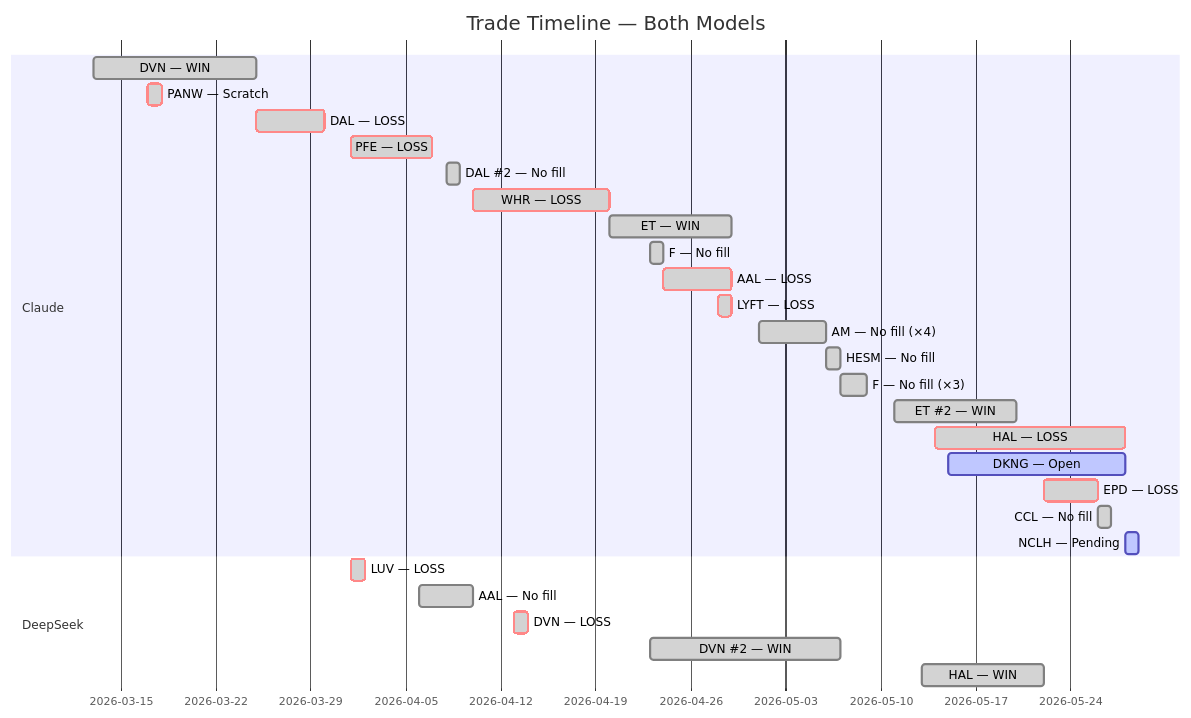
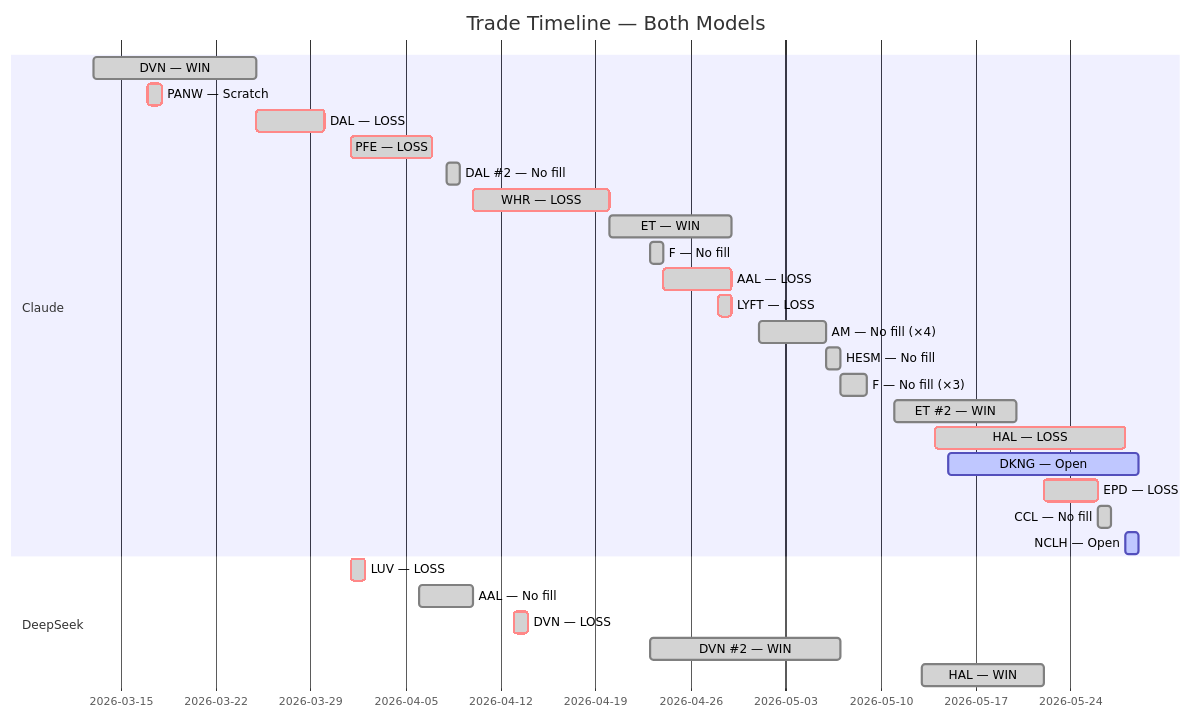
The fifth of 5 diagrams in README.md (zachisit/ai-auto-buy-thesis), drawn with Mermaid before and after one commit. The commit also changed other lines of this file and 4 other files, not shown here.

````diff
--- a/README.md
+++ b/README.md
@@ -63,31 +63,31 @@
 ```mermaid
 gantt
     title Trade Timeline — Both Models
     dateFormat YYYY-MM-DD
     section Claude
     DVN — WIN            :done,    2026-03-13, 2026-03-25
     PANW — Scratch       :crit, done, 2026-03-17, 2026-03-18
     DAL — LOSS           :crit, done, 2026-03-25, 2026-03-30
     PFE — LOSS           :crit, done, 2026-04-01, 2026-04-07
     DAL #2 — No fill     :done,    2026-04-08, 2026-04-09
     WHR — LOSS           :crit, done, 2026-04-10, 2026-04-20
     ET — WIN             :done,    2026-04-20, 2026-04-29
     F — No fill          :done,    2026-04-23, 2026-04-24
     AAL — LOSS           :crit, done, 2026-04-24, 2026-04-29
     LYFT — LOSS          :crit, done, 2026-04-28, 2026-04-29
     AM — No fill (×4)    :done,    2026-05-01, 2026-05-06
     HESM — No fill       :done,    2026-05-06, 2026-05-07
     F — No fill (×3)     :done,    2026-05-07, 2026-05-09
     ET #2 — WIN          :done,    2026-05-11, 2026-05-20
     HAL — LOSS           :crit, done, 2026-05-14, 2026-05-28
-    DKNG — Open          :active,  2026-05-15, 2026-05-28
+    DKNG — Open          :active,  2026-05-15, 2026-05-29
     EPD — LOSS           :crit, done, 2026-05-22, 2026-05-26
     CCL — No fill        :done,    2026-05-26, 2026-05-27
-    NCLH — Pending       :active,  2026-05-28, 2026-05-29
+    NCLH — Open          :active,  2026-05-28, 2026-05-29
     section DeepSeek
     LUV — LOSS           :crit, done, 2026-04-01, 2026-04-02
     AAL — No fill        :done,    2026-04-06, 2026-04-10
     DVN — LOSS           :crit, done, 2026-04-13, 2026-04-14
     DVN #2 — WIN         :done,    2026-04-23, 2026-05-07
     HAL — WIN            :done,    2026-05-13, 2026-05-22
 ```
````
